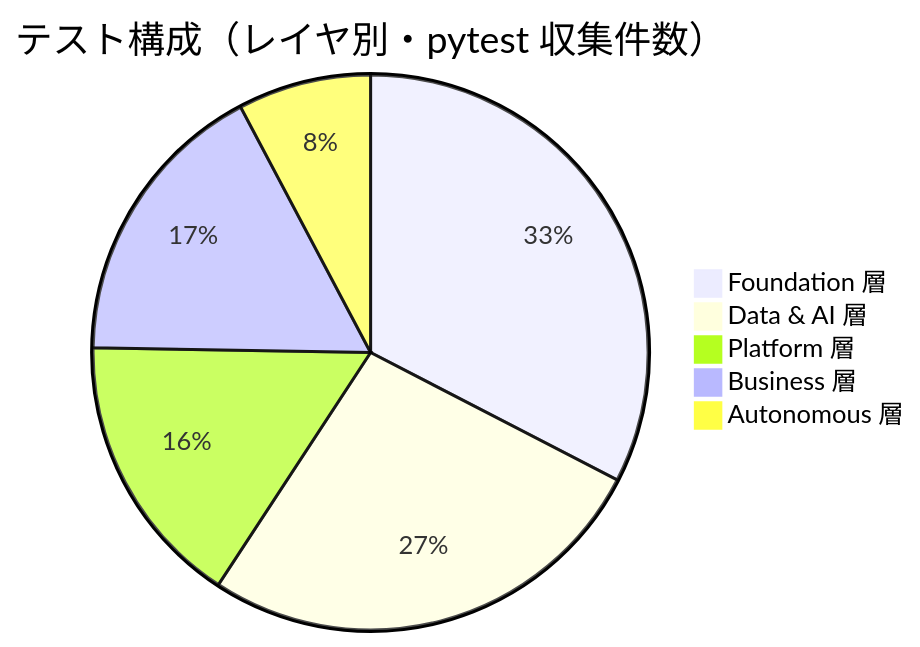
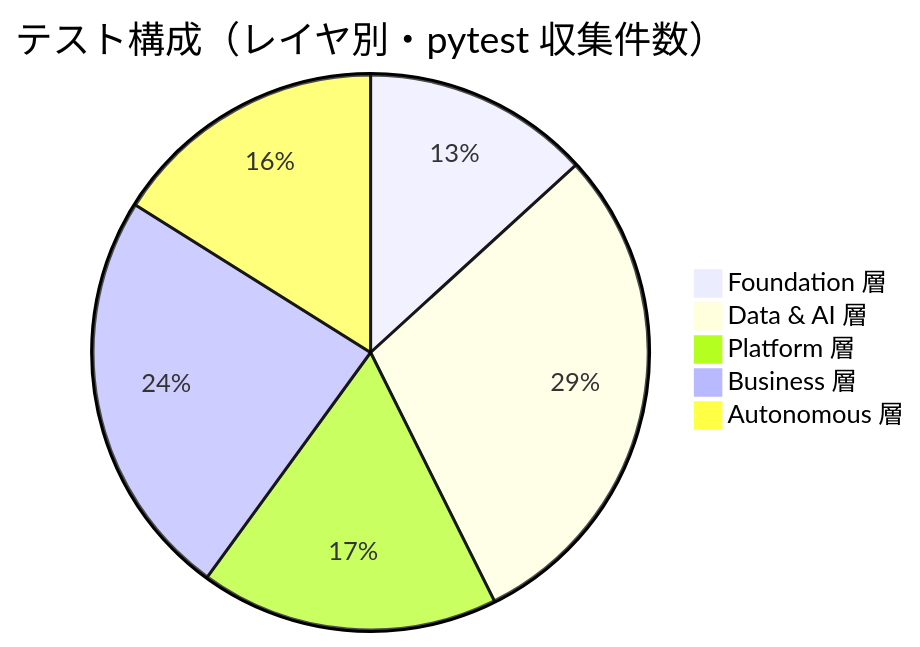
One commit to mirai-construction-dx/Construction-Enterprise-OS changed the third of 6 diagrams in README.md. Above: the diagram before and after it, drawn with Mermaid. The commit also changed other lines of this file and 1 other file, not shown here.

````diff
--- a/README.md
+++ b/README.md
@@ -185,8 +185,8 @@
 ```mermaid
 pie title テスト構成（レイヤ別・pytest 収集件数）
-    "Foundation 層" : 307
-    "Data & AI 層" : 251
-    "Platform 層" : 151
-    "Business 層" : 160
-    "Autonomous 層" : 73
+    "Foundation 層" : 329
+    "Data & AI 層" : 732
+    "Platform 層" : 432
+    "Business 層" : 595
+    "Autonomous 層" : 400
 ```
````
